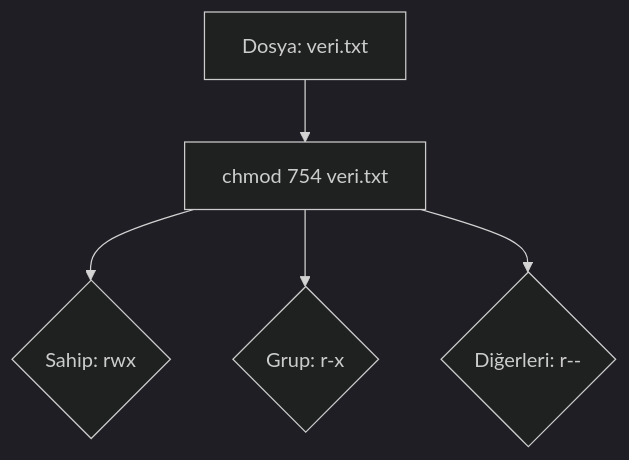
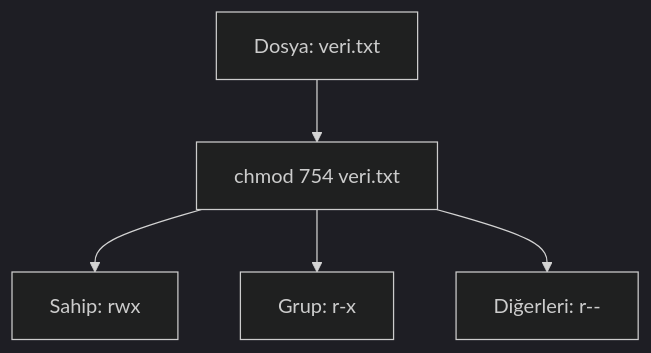
Before and after one commit to abdullatifkaban/Linux-Fundamentals: the diagram in Topics/03-User-Management.md, drawn with Mermaid (dark theme). The commit also changed other lines of this file and 5 other files, not shown here.

````diff
--- a/Topics/03-User-Management.md
+++ b/Topics/03-User-Management.md
@@ -41,7 +41,7 @@
 ```mermaid
 flowchart TD
     A["Dosya: veri.txt"] --> B["chmod 754 veri.txt"]
-    B --> C{"Sahip: rwx"}
-    B --> D{"Grup: r-x"}
-    B --> E{"Diğerleri: r--"}
+    B --> C["Sahip: rwx"]
+    B --> D["Grup: r-x"]
+    B --> E["Diğerleri: r--"]
 ```
````
